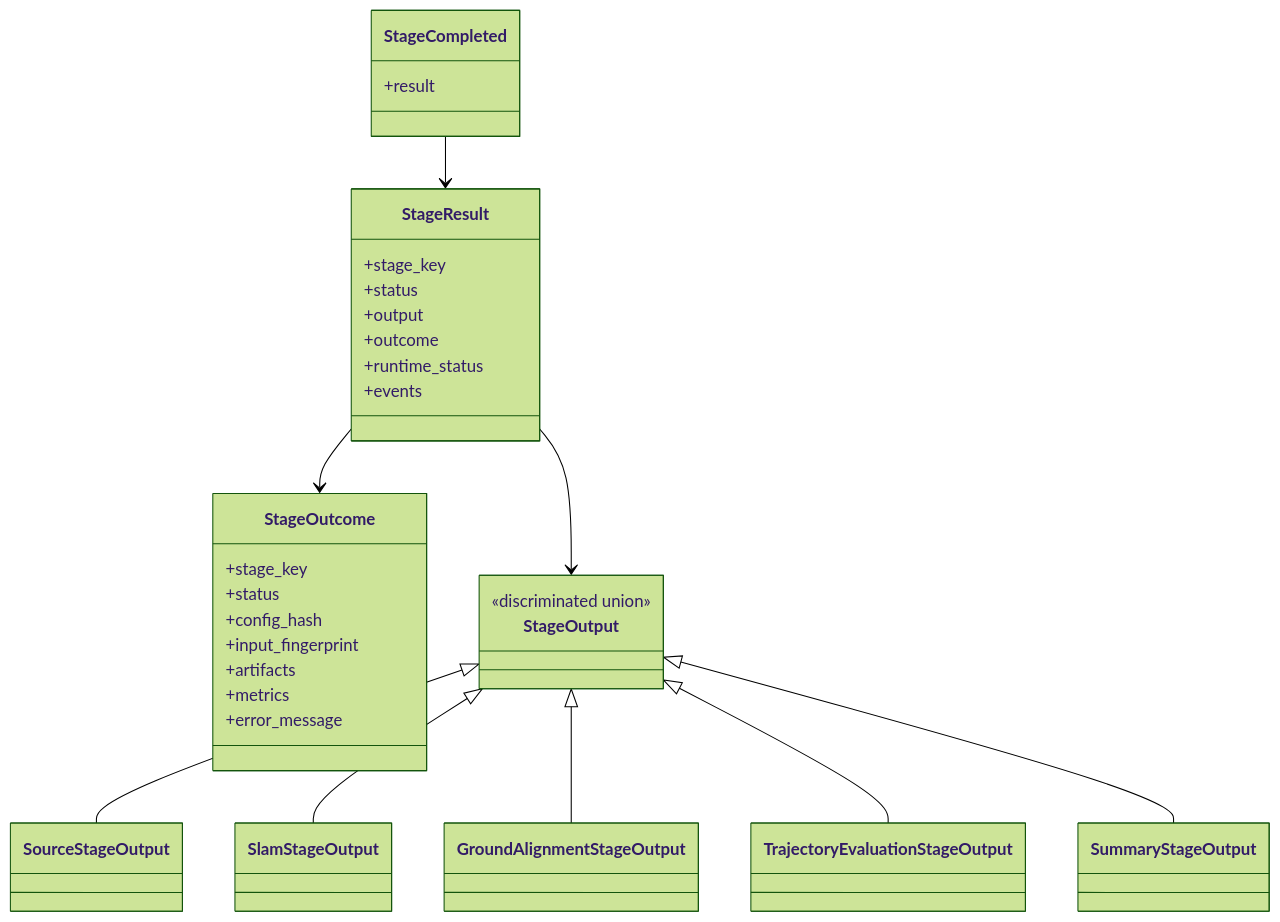
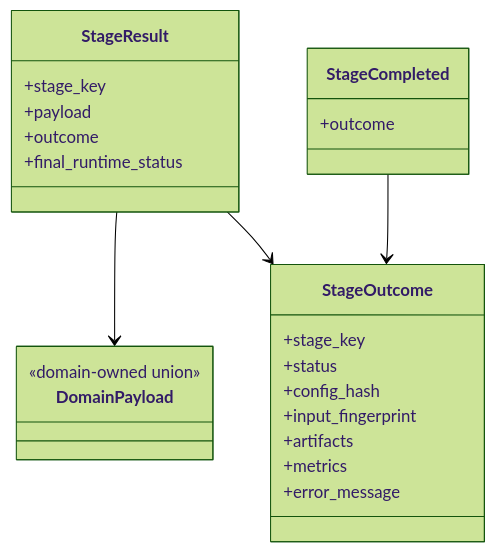
Before and after one commit to JanDuchscherer104/prml-vslam: the eighth of 13 diagrams in docs/architecture/pipeline-stage-refactor-target.md, drawn with Mermaid (forest theme). The commit also changed other lines of this file and 1 other file, not shown here.

````diff
--- a/docs/architecture/pipeline-stage-refactor-target.md
+++ b/docs/architecture/pipeline-stage-refactor-target.md
@@ -803,43 +951,30 @@
 ```mermaid
 classDiagram
     class StageResult {
         +stage_key
-        +status
-        +output
+        +payload
         +outcome
-        +runtime_status
-        +events
+        +final_runtime_status
     }
 
     class StageOutcome {
         +stage_key
         +status
         +config_hash
         +input_fingerprint
         +artifacts
         +metrics
         +error_message
     }
 
-    class StageOutput {
-        <<discriminated union>>
+    class DomainPayload {
+        <<domain-owned union>>
+    }
+    class StageCompleted {
+        +outcome
     }
 
-    class SourceStageOutput
-    class SlamStageOutput
-    class GroundAlignmentStageOutput
-    class TrajectoryEvaluationStageOutput
-    class SummaryStageOutput
-    class StageCompleted {
-        +result
-    }
-
-    StageResult --> StageOutput
+    StageResult --> DomainPayload
     StageResult --> StageOutcome
-    StageOutput <|-- SourceStageOutput
-    StageOutput <|-- SlamStageOutput
-    StageOutput <|-- GroundAlignmentStageOutput
-    StageOutput <|-- TrajectoryEvaluationStageOutput
-    StageOutput <|-- SummaryStageOutput
-    StageCompleted --> StageResult
+    StageCompleted --> StageOutcome
 ```
````
